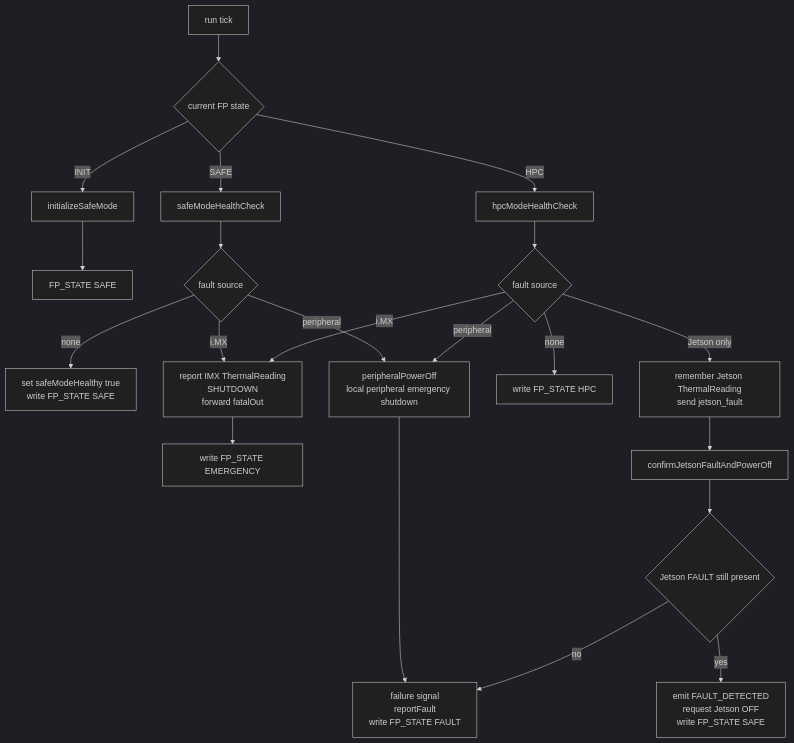
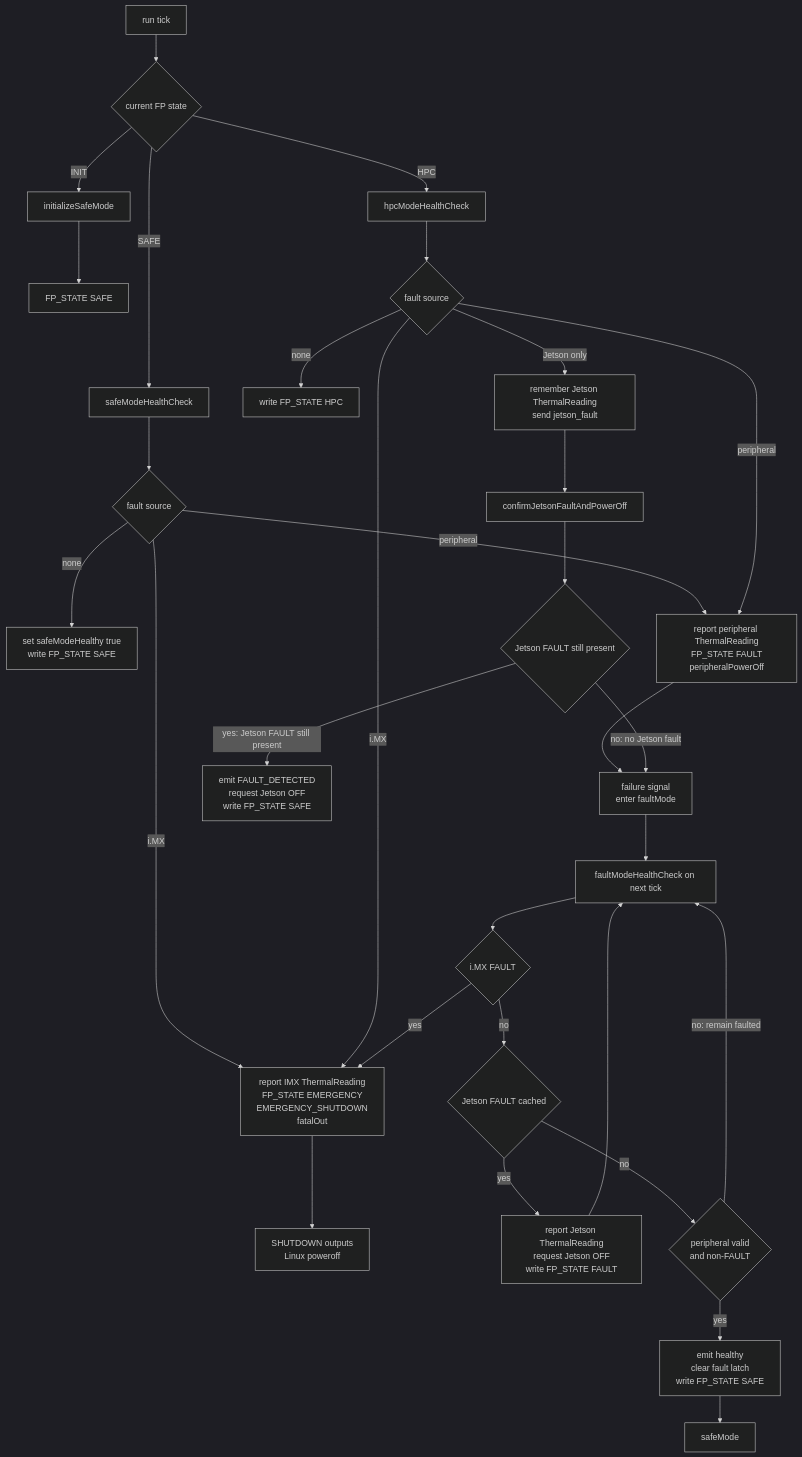
The third of 7 diagrams in scales/scalesSvc/FPManager/docs/sdd.md (BroncoSpace-Lab/fprime-scales), drawn with Mermaid (dark theme) before and after one commit. The commit also changed other lines of this file and 9 other files, not shown here.

````diff
--- a/scales/scalesSvc/FPManager/docs/sdd.md
+++ b/scales/scalesSvc/FPManager/docs/sdd.md
@@ -161,28 +194,39 @@
 ```mermaid
 flowchart TD
     Tick["run tick"] --> State{"current FP state"}
 
     State -->|"INIT"| Init["initializeSafeMode"]
     Init --> Safe["FP_STATE SAFE"]
 
     State -->|"SAFE"| SafeCheck["safeModeHealthCheck"]
     SafeCheck --> SafeFault{"fault source"}
     SafeFault -->|"none"| SafeHealthy["set safeModeHealthy true<br>write FP_STATE SAFE"]
-    SafeFault -->|"i.MX"| ImxEmergency["report IMX ThermalReading<br>SHUTDOWN<br>forward fatalOut"]
-    SafeFault -->|"peripheral"| PerifFault["peripheralPowerOff<br>local peripheral emergency shutdown"]
+    SafeFault -->|"i.MX"| ImxEmergency["report IMX ThermalReading<br>FP_STATE EMERGENCY<br>EMERGENCY_SHUTDOWN<br>fatalOut"]
+    SafeFault -->|"peripheral"| PerifFault["report peripheral ThermalReading<br>FP_STATE FAULT<br>peripheralPowerOff"]
 
     State -->|"HPC"| HpcCheck["hpcModeHealthCheck"]
     HpcCheck --> HpcFault{"fault source"}
     HpcFault -->|"none"| HpcHealthy["write FP_STATE HPC"]
     HpcFault -->|"Jetson only"| JetsonFault["remember Jetson ThermalReading<br>send jetson_fault"]
     HpcFault -->|"i.MX"| ImxEmergency
     HpcFault -->|"peripheral"| PerifFault
 
-    ImxEmergency --> Emergency["write FP_STATE EMERGENCY"]
-    PerifFault --> FaultReport["failure signal<br>reportFault<br>write FP_STATE FAULT"]
+    ImxEmergency --> Emergency["SHUTDOWN outputs<br>Linux poweroff"]
+    PerifFault --> FaultReport["failure signal<br>enter faultMode"]
+
+    FaultReport --> FaultCheck["faultModeHealthCheck on next tick"]
+    FaultCheck --> ImxFaultCheck{"i.MX FAULT"}
+    ImxFaultCheck -->|"yes"| ImxEmergency
+    ImxFaultCheck -->|"no"| JetsonFaultCheck{"Jetson FAULT cached"}
+    JetsonFaultCheck -->|"yes"| JetsonFaulted["report Jetson ThermalReading<br>request Jetson OFF<br>write FP_STATE FAULT"]
+    JetsonFaulted --> FaultCheck
+    JetsonFaultCheck -->|"no"| PeripheralClear{"peripheral valid<br>and non-FAULT"}
+    PeripheralClear -->|"no: remain faulted"| FaultCheck
+    PeripheralClear -->|"yes"| SafeRecovery["emit healthy<br>clear fault latch<br>write FP_STATE SAFE"]
+    SafeRecovery --> SafeMode["safeMode"]
 
     JetsonFault --> Recovery["confirmJetsonFaultAndPowerOff"]
     Recovery --> RecoveryOk{"Jetson FAULT still present"}
-    RecoveryOk -->|"yes"| RecoverSafe["emit FAULT_DETECTED<br>request Jetson OFF<br>write FP_STATE SAFE"]
-    RecoveryOk -->|"no"| FaultReport
+    RecoveryOk -->|"yes: Jetson FAULT still present"| RecoverSafe["emit FAULT_DETECTED<br>request Jetson OFF<br>write FP_STATE SAFE"]
+    RecoveryOk -->|"no: no Jetson fault"| FaultReport
 ```
````
